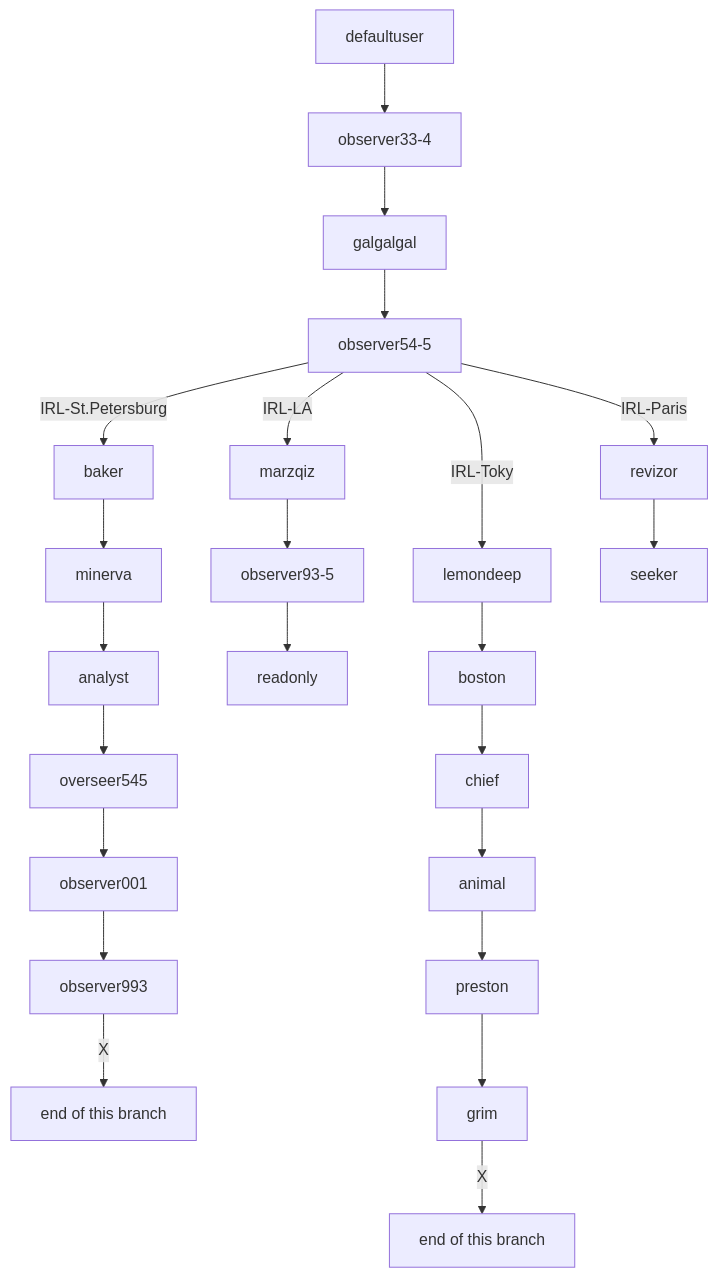
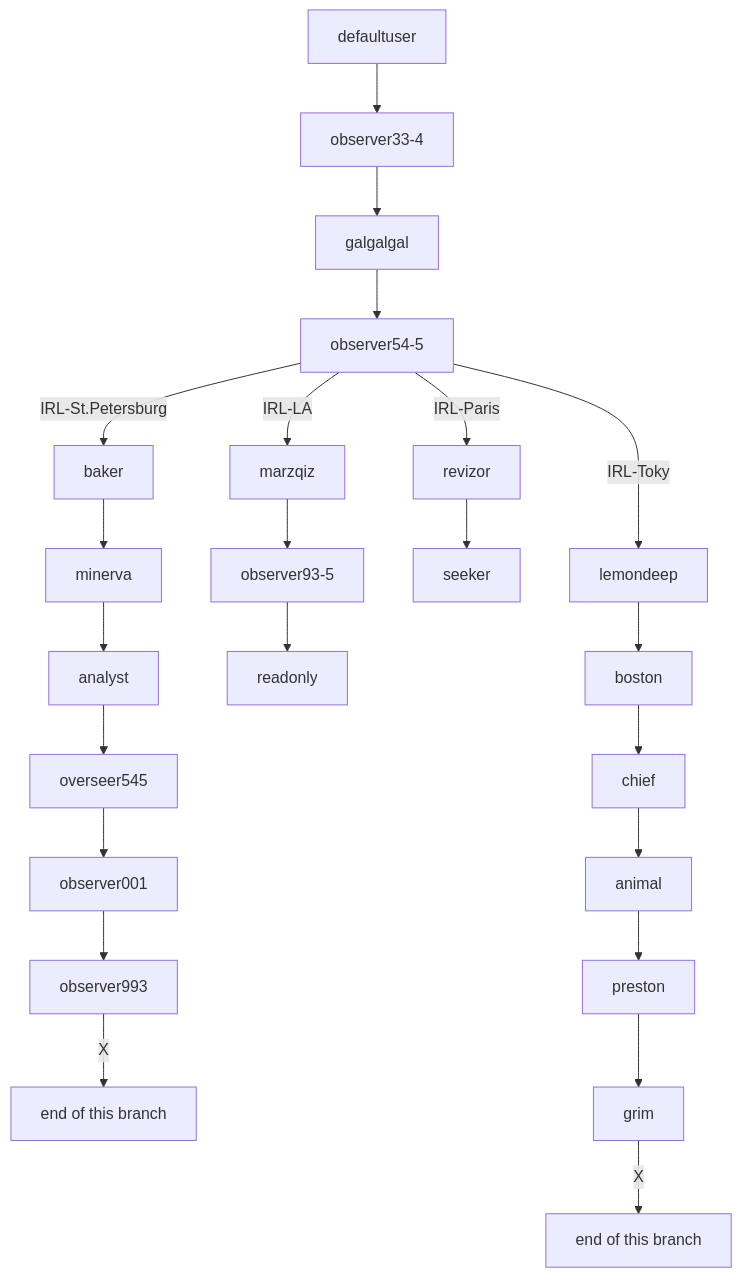
The diagram in README.md (Philsie/ARRS-documentation), drawn with Mermaid before and after one commit.

Commit message:
reformat graph source for more readibility

````diff
--- a/README.md
+++ b/README.md
@@ -33,25 +33,29 @@
 ```mermaid
 graph TD;
-    defaultuser-->observer33-4;
-    observer33-4-->galgalgal;
-    galgalgal-->observer54-5;
-    observer54-5--IRL-Paris-->revizor;
-    observer54-5--IRL-LA-->marzqiz;
-    observer54-5--IRL-St.Petersburg-->baker;
-    observer54-5--IRL-Tokyo-->lemondeep;
-    baker-->minerva;
-    minerva-->analyst;
-    analyst-->overseer545;
-    overseer545-->observer001;
-    observer001-->observer993;
-    observer993--X-->russiaEnd["end of this branch"];
-    marzqiz-->observer93-5;
-    observer93-5-->readonly;
-    revizor-->seeker;
-    lemondeep-->boston;
-    boston-->chief;
-    chief-->animal;
-    animal-->preston;
-    preston-->grim;
-    grim--X-->japanEnd["end of this branch"];
+    defaultuser --> observer33-4;
+    observer33-4 --> galgalgal;
+    galgalgal --> observer54-5;
+
+    observer54-5 --IRL-St.Petersburg--> baker;
+    baker --> minerva;
+    minerva --> analyst;
+    analyst --> overseer545;
+    overseer545 --> observer001;
+    observer001 --> observer993;
+    observer993 --X--> russiaEnd["end of this branch"];
+
+    observer54-5 --IRL-LA--> marzqiz;
+    marzqiz --> observer93-5;
+    observer93-5 --> readonly;
+
+    observer54-5 --IRL-Paris--> revizor;
+    revizor --> seeker;
+
+    observer54-5 --IRL-Tokyo--> lemondeep;
+    lemondeep --> boston;
+    boston --> chief;
+    chief --> animal;
+    animal --> preston;
+    preston --> grim;
+    grim --X--> japanEnd["end of this branch"];
 ```
````
